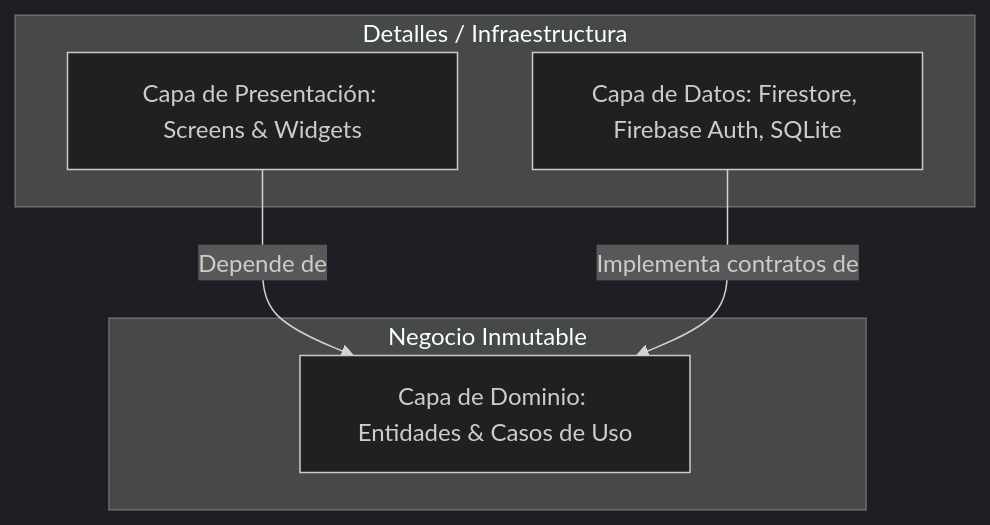
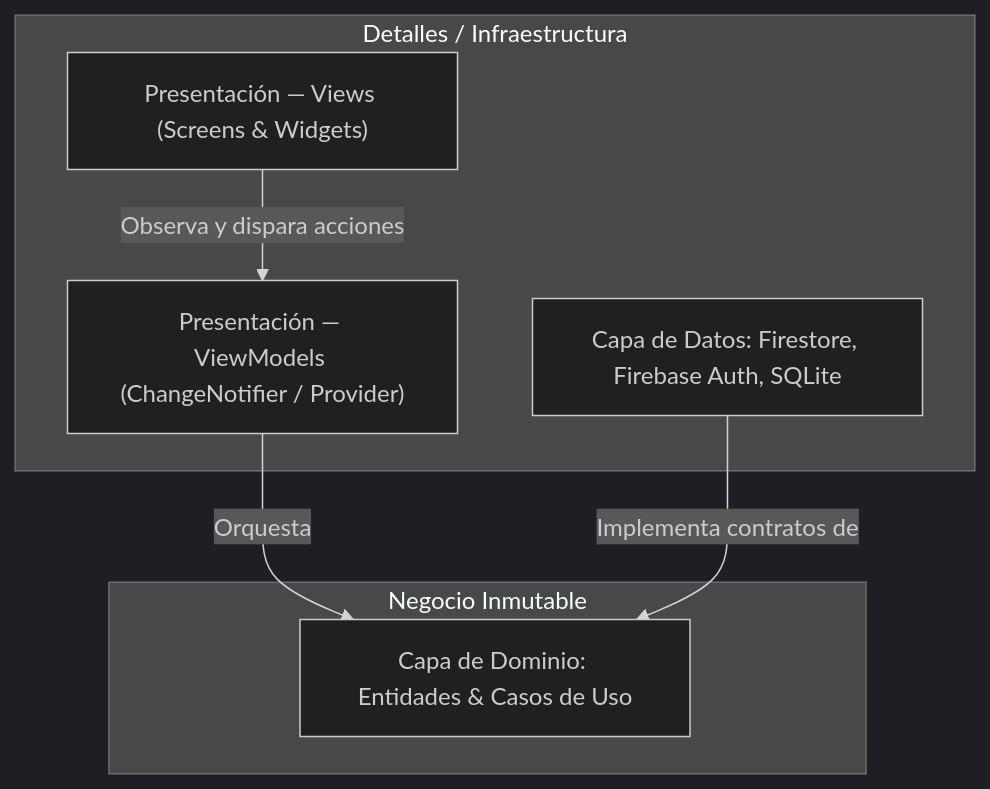
One commit to eflj2005/koralis changed the diagram in docs/architecture/clean_architecture.md. Above: the diagram before and after it, drawn with Mermaid (dark theme). The commit also changed other lines of this file and 2 other files, not shown here.

Commit message:
Implementación MVVM/Provider, Fase 5: Documentación y nuevos módulos

````diff
--- a/docs/architecture/clean_architecture.md
+++ b/docs/architecture/clean_architecture.md
@@ -11,14 +11,16 @@
 ```mermaid
 graph TD
     subgraph Capa Externa [Detalles / Infraestructura]
-        UI[Capa de Presentación: Screens & Widgets]
-        Data[Capa de Datos: Firestore, Firebase Auth, SQLite]
+        UI["Presentación — Views (Screens & Widgets)"]
+        VM["Presentación — ViewModels (ChangeNotifier / Provider)"]
+        Data["Capa de Datos: Firestore, Firebase Auth, SQLite"]
     end
 
     subgraph Capa Central [Negocio Inmutable]
-        Domain[Capa de Dominio: Entidades & Casos de Uso]
+        Domain["Capa de Dominio: Entidades & Casos de Uso"]
     end
 
-    UI -->|Depende de| Domain
+    UI -->|Observa y dispara acciones| VM
+    VM -->|Orquesta| Domain
     Data -->|Implementa contratos de| Domain
 ```
````
